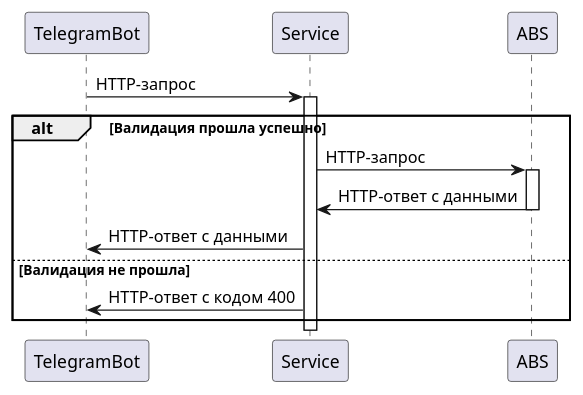
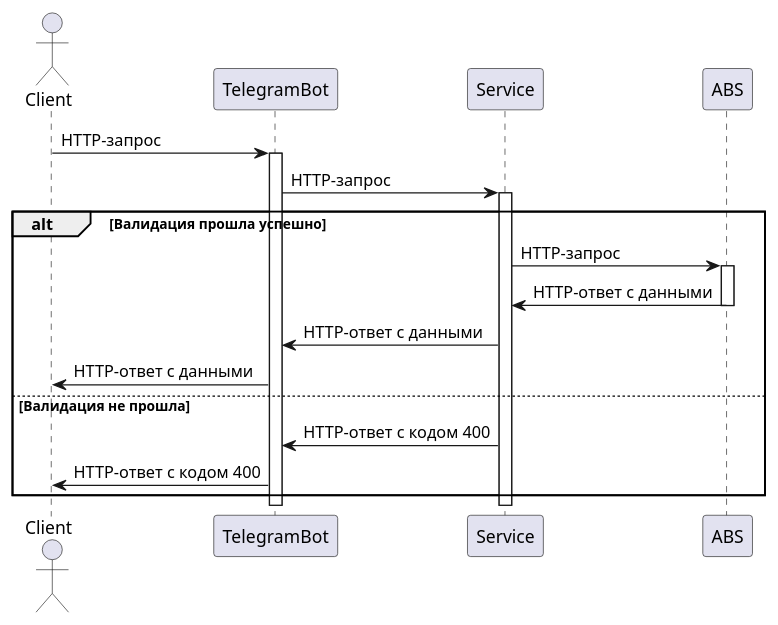
Before and after one commit to gpb-it-factory/davydova-telegram-bot: the diagram in README.md, drawn with PlantUML. The commit also changed other lines of this file, not shown here.

Commit message:
Задание 2. Исправлен README: доработанно описание проекта, добавлен клиент в plantuml

````diff
--- a/README.md
+++ b/README.md
@@ -11,18 +12,23 @@
 ```plantuml
 @startuml
+actor Client
 participant TelegramBot
 participant Service
 participant ABS
+Client -> TelegramBot: HTTP-запрос
+activate TelegramBot
 TelegramBot -> Service: HTTP-запрос
 activate Service
 alt Валидация прошла успешно
 Service -> ABS: HTTP-запрос
 activate ABS
 ABS -> Service: HTTP-ответ с данными
 deactivate ABS
 Service -> TelegramBot: HTTP-ответ с данными
+TelegramBot -> Client: HTTP-ответ с данными
 else Валидация не прошла
 Service -> TelegramBot: HTTP-ответ c кодом 400
+TelegramBot -> Client: HTTP-ответ c кодом 400 
 end
 @enduml
 ```
````
